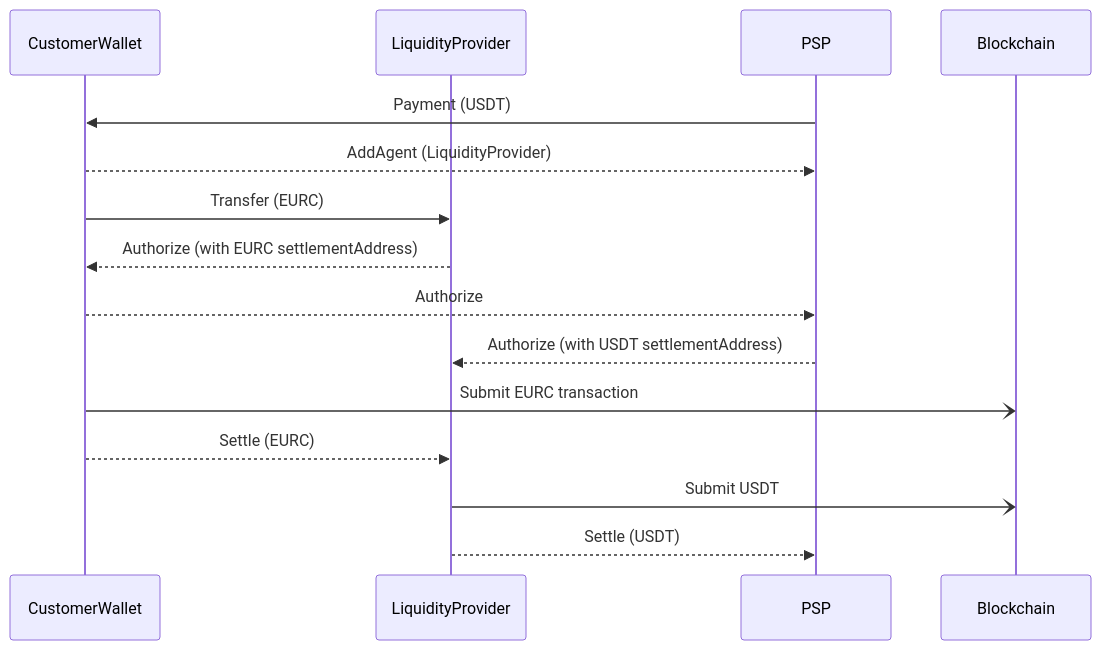
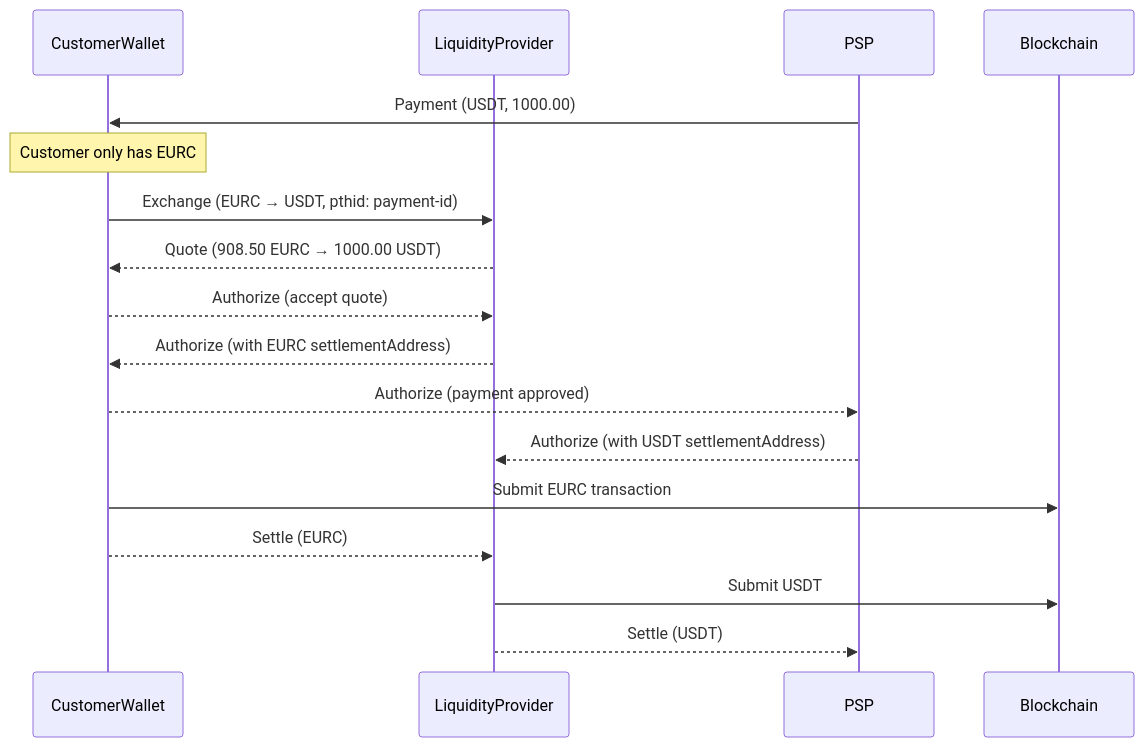
Before and after one commit to TransactionAuthorizationProtocol/TAIPs: the fifth of 5 diagrams in TAIPs/taip-14.md, drawn with Mermaid. The commit also changed other lines of this file, not shown here.

Commit message:
Update TAIP-14 composability section to use Exchange/Quote pattern
Replace the Transfer-based composability example with Exchange and Quote
messages from TAIP-18. This provides a more accurate representation of
how currency conversions should be handled in payment flows.

Changes:
- Updated composability text to reference TAIP-18
- Replaced sequence diagram with Exchange/Quote flow
- Added TAIP-18 to requires field and references
- Updated timestamp to 2025-09-05

🤖 Generated with [Claude Code](https://claude.ai/code)

````diff
--- a/TAIPs/taip-14.md
+++ b/TAIPs/taip-14.md
@@ -166,20 +166,23 @@
 ```mermaid
 sequenceDiagram
     participant CustomerWallet
     participant LiquidityProvider
     participant PSP
     participant Blockchain
 
-    PSP->>CustomerWallet: Payment (USDT)
-    CustomerWallet-->>PSP: AddAgent (LiquidityProvider)
-
-    CustomerWallet->>LiquidityProvider: Transfer (EURC)
+    PSP->>CustomerWallet: Payment (USDT, 1000.00)
+    Note over CustomerWallet: Customer only has EURC
+    
+    CustomerWallet->>LiquidityProvider: Exchange (EURC → USDT, pthid: payment-id)
+    LiquidityProvider-->>CustomerWallet: Quote (908.50 EURC → 1000.00 USDT)
+    
+    CustomerWallet-->>LiquidityProvider: Authorize (accept quote)
     LiquidityProvider-->>CustomerWallet: Authorize (with EURC settlementAddress)
-    CustomerWallet-->>PSP: Authorize
+    CustomerWallet-->>PSP: Authorize (payment approved)
     PSP-->>LiquidityProvider: Authorize (with USDT settlementAddress)
 
-    CustomerWallet-)Blockchain: Submit EURC transaction
+    CustomerWallet->>Blockchain: Submit EURC transaction
     CustomerWallet-->>LiquidityProvider: Settle (EURC)
-    LiquidityProvider-)Blockchain: Submit USDT
+    LiquidityProvider->>Blockchain: Submit USDT
     LiquidityProvider-->>PSP: Settle (USDT)
 ```
````
